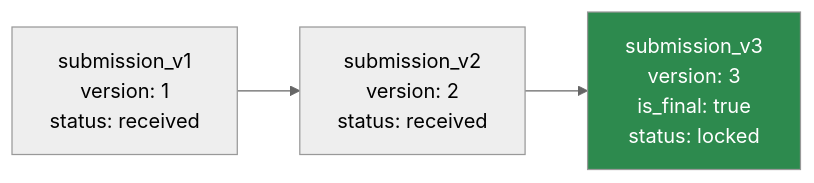
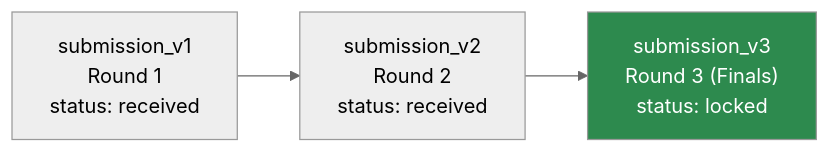
One commit to devangshupandey2025-stack/DevSage changed the fourth of 12 diagrams in docs/v3/planned/submissions.md. Above: the diagram before and after it, drawn with Mermaid (neutral theme). The commit also changed other lines of this file, not shown here.

````diff
--- a/docs/v3/planned/submissions.md
+++ b/docs/v3/planned/submissions.md
@@ -208,7 +270,7 @@
 ```mermaid
 flowchart LR
-    A["submission_v1<br/>version: 1<br/>status: received"] --> B["submission_v2<br/>version: 2<br/>status: received"]
-    B --> C["submission_v3<br/>version: 3<br/>is_final: true<br/>status: locked"]
+    A["submission_v1<br/>Round 1<br/>status: received"] --> B["submission_v2<br/>Round 2<br/>status: received"]
+    B --> C["submission_v3<br/>Round 3 (Finals)<br/>status: locked"]
 
     style C fill:#2d8a4e,color:#fff
 ```
````
